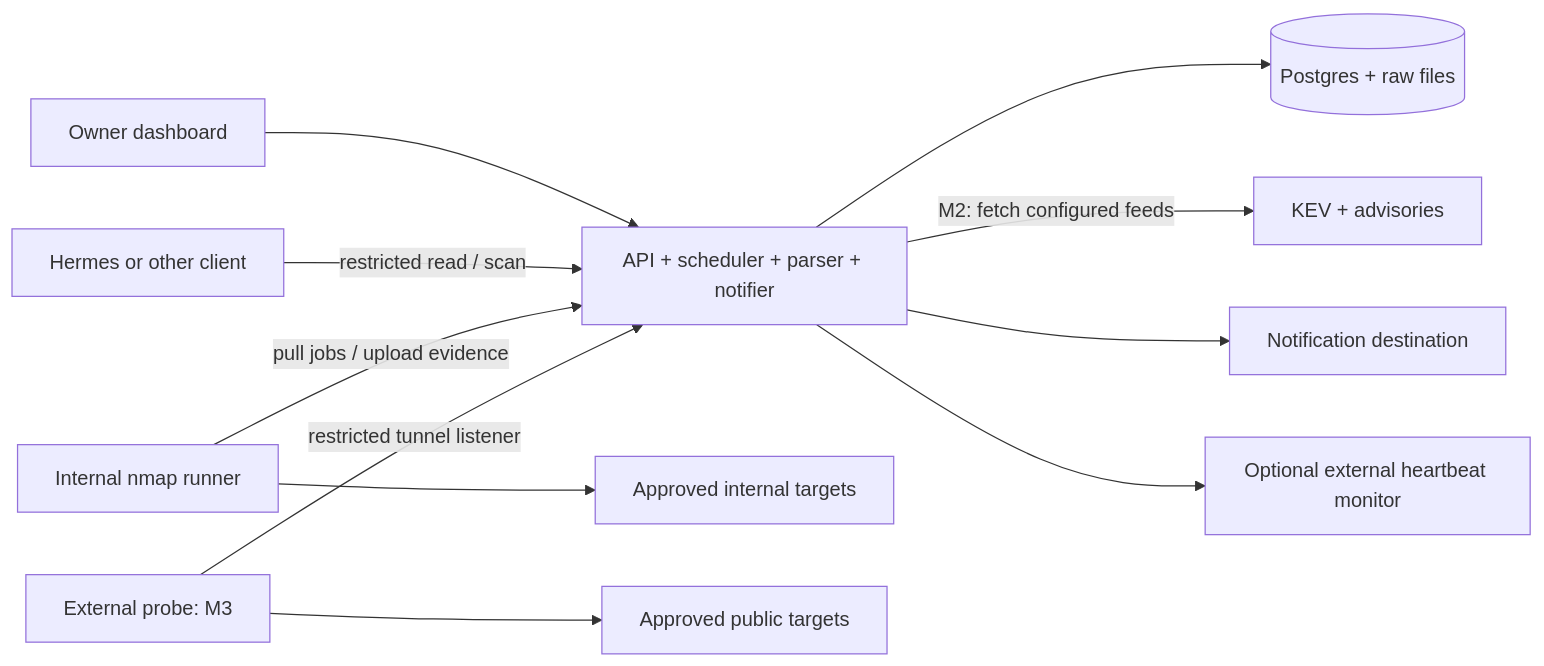
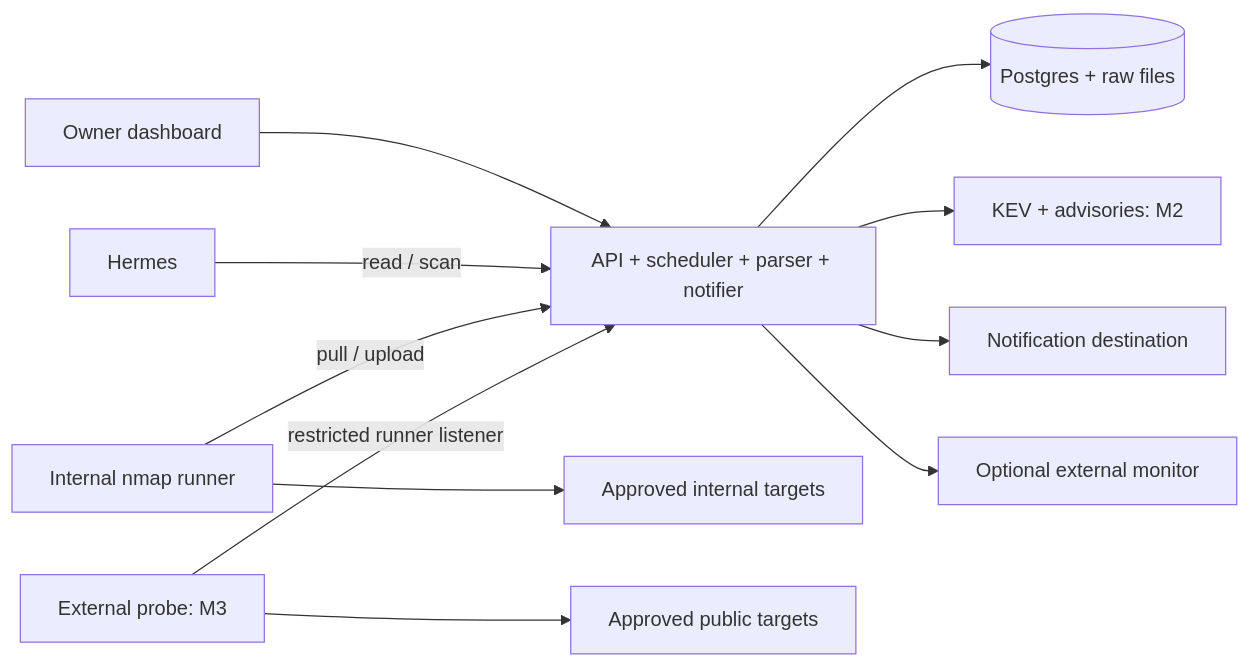
Before and after one commit to junglestyle/pen16: the diagram in docs/ARCHITECTURE.md, drawn with Mermaid. The commit also changed other lines of this file and 12 other files, not shown here.

````diff
--- a/docs/ARCHITECTURE.md
+++ b/docs/ARCHITECTURE.md
@@ -7,13 +5,13 @@
 ```mermaid
 flowchart LR
   owner[Owner dashboard] --> api[API + scheduler + parser + notifier]
-  hermes[Hermes or other client] -->|restricted read / scan| api
-  runner[Internal nmap runner] -->|pull jobs / upload evidence| api
-  probe[External probe: M3] -->|restricted tunnel listener| api
+  hermes[Hermes] -->|read / scan| api
+  runner[Internal nmap runner] -->|pull / upload| api
+  probe[External probe: M3] -->|restricted runner listener| api
   api --> db[(Postgres + raw files)]
-  api -->|M2: fetch configured feeds| feeds[KEV + advisories]
+  api --> feeds[KEV + advisories: M2]
   api --> alerts[Notification destination]
-  api --> monitor[Optional external heartbeat monitor]
+  api --> monitor[Optional external monitor]
   runner --> lan[Approved internal targets]
   probe --> wan[Approved public targets]
 ```
````
